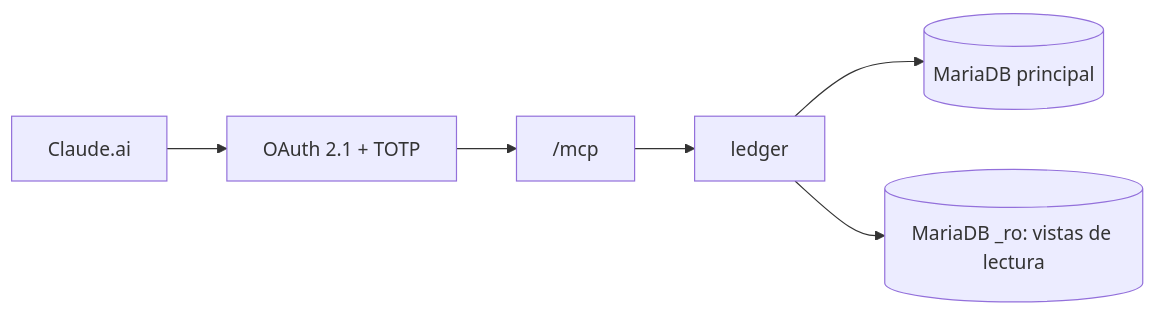
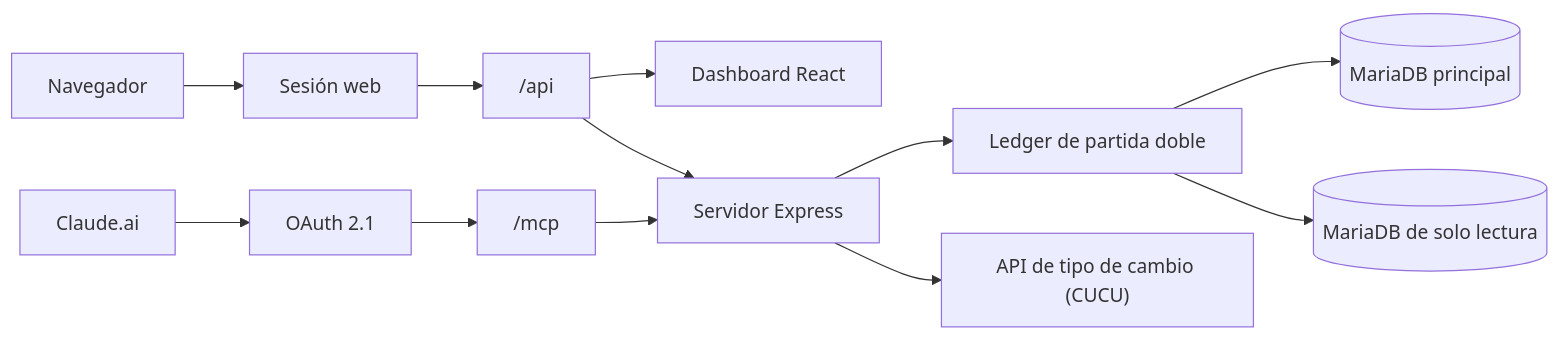
The diagram in README.md (wontero/finance-manager), drawn with Mermaid before and after one commit. The commit also changed other lines of this file, not shown here.

````diff
--- a/README.md
+++ b/README.md
@@ -47,8 +48,11 @@
 ```mermaid
 flowchart LR
-    C["Claude.ai"] --> O["OAuth 2.1 + TOTP"]
-    O --> M["/mcp"]
-    M --> L["ledger"]
-    L --> D[("MariaDB principal")]
-    L --> R[("MariaDB _ro: vistas de lectura")]
+    Claude["Claude.ai"] --> OAuth["OAuth 2.1"] --> MCP["/mcp"]
+    Browser["Navegador"] --> Session["Sesión web"] --> API["/api"] --> Dashboard["Dashboard React"]
+    MCP --> Server["Servidor Express"]
+    API --> Server
+    Server --> Ledger["Ledger de partida doble"]
+    Ledger --> Primary[("MariaDB principal")]
+    Ledger --> ReadOnly[("MariaDB de solo lectura")]
+    Server --> CUCU["API de tipo de cambio (CUCU)"]
 ```
````
